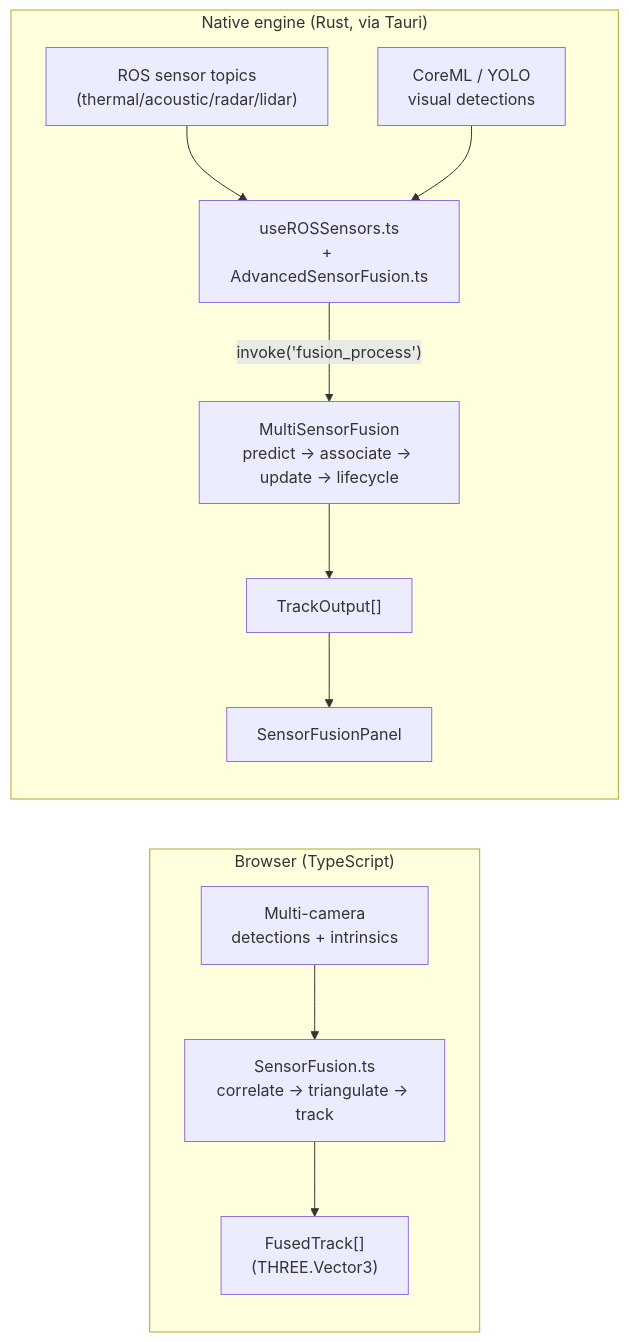
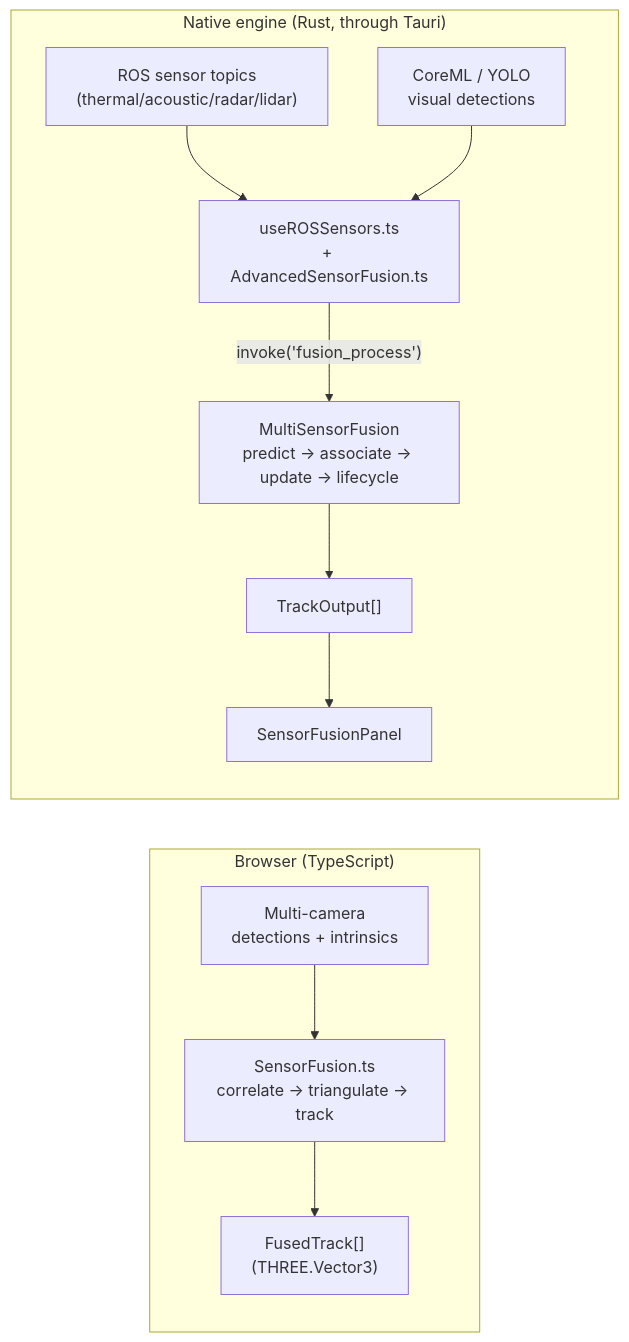
One commit to sepahead/crebain changed the first of 4 diagrams in docs/SENSOR_FUSION.md. Above: the diagram before and after it, drawn with Mermaid. The commit also changed other lines of this file and 43 other files, not shown here.

````diff
--- a/docs/SENSOR_FUSION.md
+++ b/docs/SENSOR_FUSION.md
@@ -52,15 +53,15 @@
 ```mermaid
 graph LR
     subgraph Browser["Browser (TypeScript)"]
         Cams["Multi-camera<br/>detections + intrinsics"] --> TSF["SensorFusion.ts<br/>correlate → triangulate → track"]
         TSF --> TSTracks["FusedTrack[]<br/>(THREE.Vector3)"]
     end
 
-    subgraph Native["Native engine (Rust, via Tauri)"]
+    subgraph Native["Native engine (Rust, through Tauri)"]
         ROS["ROS sensor topics<br/>(thermal/acoustic/radar/lidar)"] --> Bridge["useROSSensors.ts<br/>+ AdvancedSensorFusion.ts"]
         Visual["CoreML / YOLO<br/>visual detections"] --> Bridge
         Bridge -->|"invoke('fusion_process')"| Engine["MultiSensorFusion<br/>predict → associate → update → lifecycle"]
         Engine --> Out["TrackOutput[]"]
         Out --> Panel["SensorFusionPanel"]
     end
 ```
````
